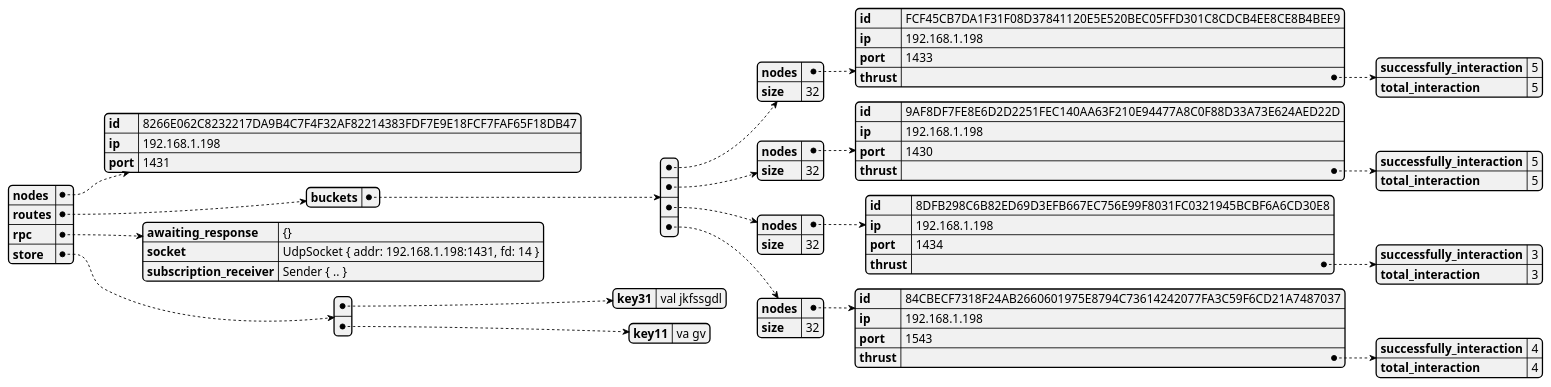
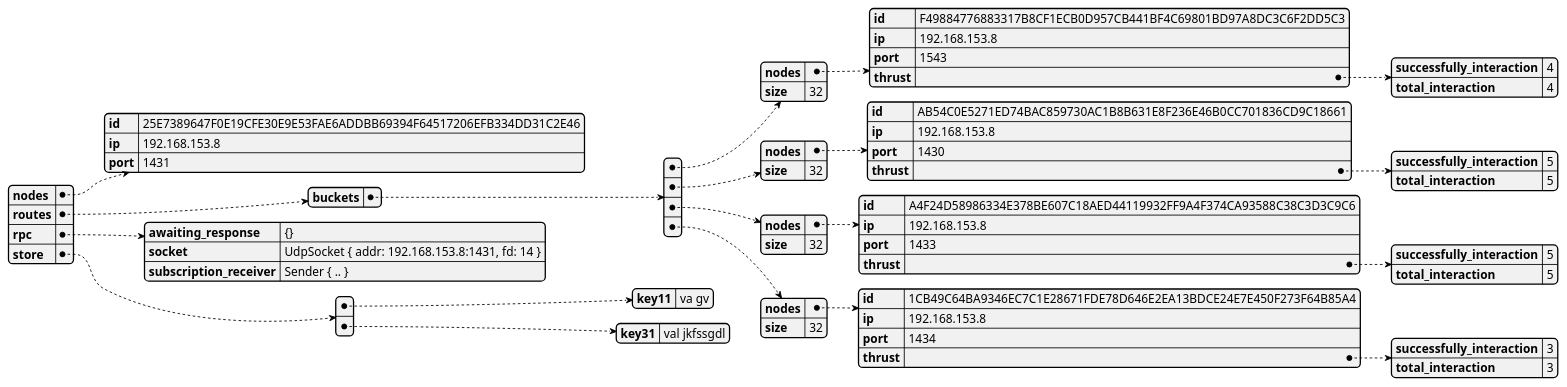
One commit to GoliathHagar/distributed_legder_kademlia changed the diagram in src/distributed_legder/state_dumps/test-contact-2.json.plantuml. Above: the diagram before and after it, drawn with PlantUML. The commit also changed 28 other files, not shown here.

```diff
--- a/src/distributed_legder/state_dumps/test-contact-2.json.plantuml
+++ b/src/distributed_legder/state_dumps/test-contact-2.json.plantuml
@@ -1,3 +1,3 @@
 @startjson
-{"nodes":{"id":"8266E062C8232217DA9B4C7F4F32AF82214383FDF7E9E18FCF7FAF65F18DB47","ip":"192.168.1.198","port":1431},"routes":{"buckets":[{"nodes":{"id":"FCF45CB7DA1F31F08D37841120E5E520BEC05FFD301C8CDCB4EE8CE8B4BEE9","ip":"192.168.1.198","port":1433,"thrust":{"successfully_interaction":5,"total_interaction":5}},"size":32},{"nodes":{"id":"9AF8DF7FE8E6D2D2251FEC140AA63F210E94477A8C0F88D33A73E624AED22D","ip":"192.168.1.198","port":1430,"thrust":{"successfully_interaction":5,"total_interaction":5}},"size":32},{"nodes":{"id":"8DFB298C6B82ED69D3EFB667EC756E99F8031FC0321945BCBF6A6CD30E8","ip":"192.168.1.198","port":1434,"thrust":{"successfully_interaction":3,"total_interaction":3}},"size":32},{"nodes":{"id":"84CBECF7318F24AB2660601975E8794C73614242077FA3C59F6CD21A7487037","ip":"192.168.1.198","port":1543,"thrust":{"successfully_interaction":4,"total_interaction":4}},"size":32}]},"rpc":{"awaiting_response":"{}","socket":"UdpSocket { addr: 192.168.1.198:1431, fd: 14 }","subscription_receiver":"Sender { .. }"},"store":[{"key31":"val jkfssgdl"},{"key11":"va gv"}]}
+{"nodes":{"id":"25E7389647F0E19CFE30E9E53FAE6ADDBB69394F64517206EFB334DD31C2E46","ip":"192.168.153.8","port":1431},"routes":{"buckets":[{"nodes":{"id":"F49884776883317B8CF1ECB0D957CB441BF4C69801BD97A8DC3C6F2DD5C3","ip":"192.168.153.8","port":1543,"thrust":{"successfully_interaction":4,"total_interaction":4}},"size":32},{"nodes":{"id":"AB54C0E5271ED74BAC859730AC1B8B631E8F236E46B0CC701836CD9C18661","ip":"192.168.153.8","port":1430,"thrust":{"successfully_interaction":5,"total_interaction":5}},"size":32},{"nodes":{"id":"A4F24D58986334E378BE607C18AED44119932FF9A4F374CA93588C38C3D3C9C6","ip":"192.168.153.8","port":1433,"thrust":{"successfully_interaction":5,"total_interaction":5}},"size":32},{"nodes":{"id":"1CB49C64BA9346EC7C1E28671FDE78D646E2EA13BDCE24E7E450F273F64B85A4","ip":"192.168.153.8","port":1434,"thrust":{"successfully_interaction":3,"total_interaction":3}},"size":32}]},"rpc":{"awaiting_response":"{}","socket":"UdpSocket { addr: 192.168.153.8:1431, fd: 14 }","subscription_receiver":"Sender { .. }"},"store":[{"key11":"va gv"},{"key31":"val jkfssgdl"}]}
 @endjson
```
